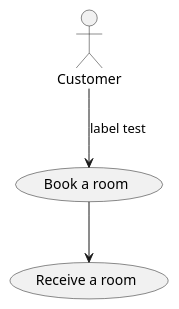
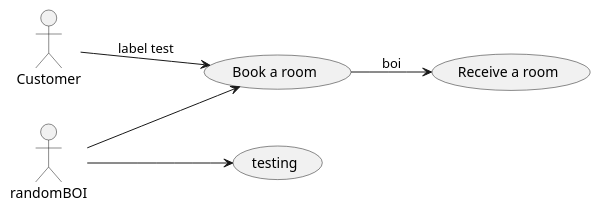
One commit to notkaramel/ECSE321-Mar1HotelSystem changed the diagram in UML/CustomerUC.plantuml. Above: the diagram before and after it, drawn with PlantUML. The commit also changed 3 other files, not shown here.

```diff
--- a/UML/CustomerUC.plantuml
+++ b/UML/CustomerUC.plantuml
@@ -1,16 +1,20 @@
 @startuml CustomerUC
+left to right direction
 
 'Actor
 :Customer: as actor
+:randomBOI: as actor2
 
 'Use cases
 (Book a room) as UC1
 (Receive a room) as UC2
+(testing) as UC3
 
 'Associations
 actor --> UC1: label test
-UC1 --> UC2
-
+UC1 --> UC2: boi
+actor2 --> UC3
+actor2 --> UC1
 
 
 @enduml
```
